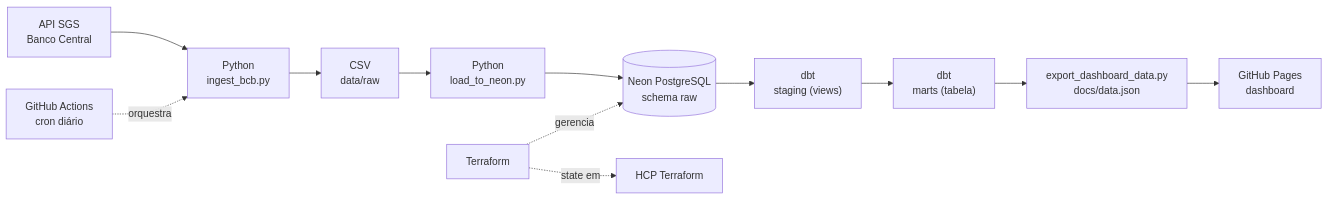
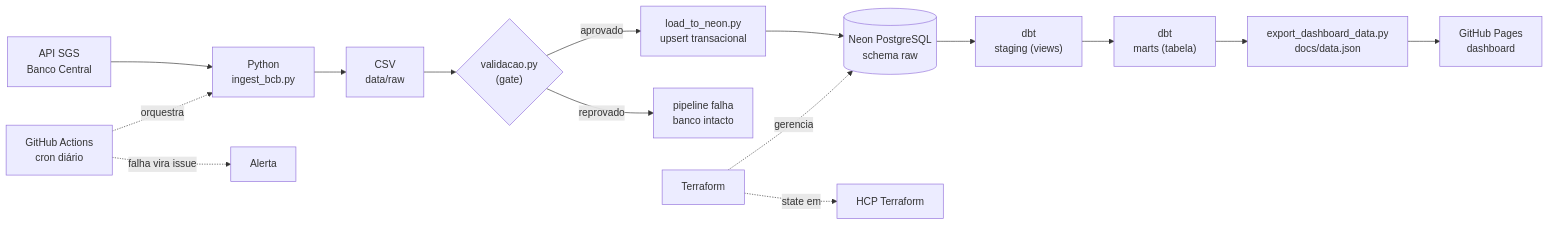
One commit to jpnovaes-data/projeto-indicadores-economicos-bcb changed the diagram in README.md. Above: the diagram before and after it, drawn with Mermaid. The commit also changed other lines of this file and 48 other files, not shown here.

````diff
--- a/README.md
+++ b/README.md
@@ -17,14 +18,17 @@
 ```mermaid
 flowchart LR
     A["API SGS<br/>Banco Central"] --> B["Python<br/>ingest_bcb.py"]
     B --> C["CSV<br/>data/raw"]
-    C --> D["Python<br/>load_to_neon.py"]
+    C --> V{"validacao.py<br/>(gate)"}
+    V -- aprovado --> D["load_to_neon.py<br/>upsert transacional"]
+    V -- reprovado --> X["pipeline falha<br/>banco intacto"]
     D --> E[("Neon PostgreSQL<br/>schema raw")]
     E --> F["dbt<br/>staging (views)"]
     F --> G["dbt<br/>marts (tabela)"]
     G --> H["export_dashboard_data.py<br/>docs/data.json"]
     H --> I["GitHub Pages<br/>dashboard"]
     J["Terraform"] -. "gerencia" .-> E
     J -. "state em" .-> L["HCP Terraform"]
     K["GitHub Actions<br/>cron diário"] -. "orquestra" .-> B
+    K -. "falha vira issue" .-> N["Alerta"]
 ```
````
